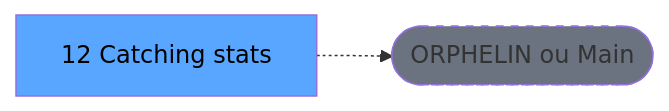
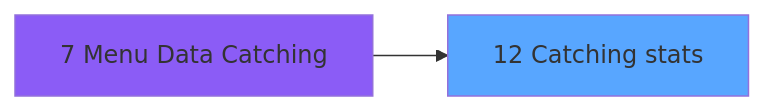
Before and after one commit to thonyAGP/magic-migration: the third of 4 diagrams in .openspec/specs/ADH-IDE-12.md, drawn with Mermaid. The commit also changed other lines of this file and 253 other files, not shown here.

````diff
--- a/.openspec/specs/ADH-IDE-12.md
+++ b/.openspec/specs/ADH-IDE-12.md
@@ -120,8 +2012,8 @@
 ```mermaid
 graph LR
-    T[12 Catching stats]
-    ORPHAN([ORPHELIN ou Main])
-    T -.-> ORPHAN
-    style T fill:#58a6ff,color:#000
-    style ORPHAN fill:#6b7280,stroke-dasharray: 5 5
+    T12[12 Catching stats]
+    style T12 fill:#58a6ff
+    CC7[7 Menu Data Catching]
+    style CC7 fill:#8b5cf6
+    CC7 --> T12
 ```
````
